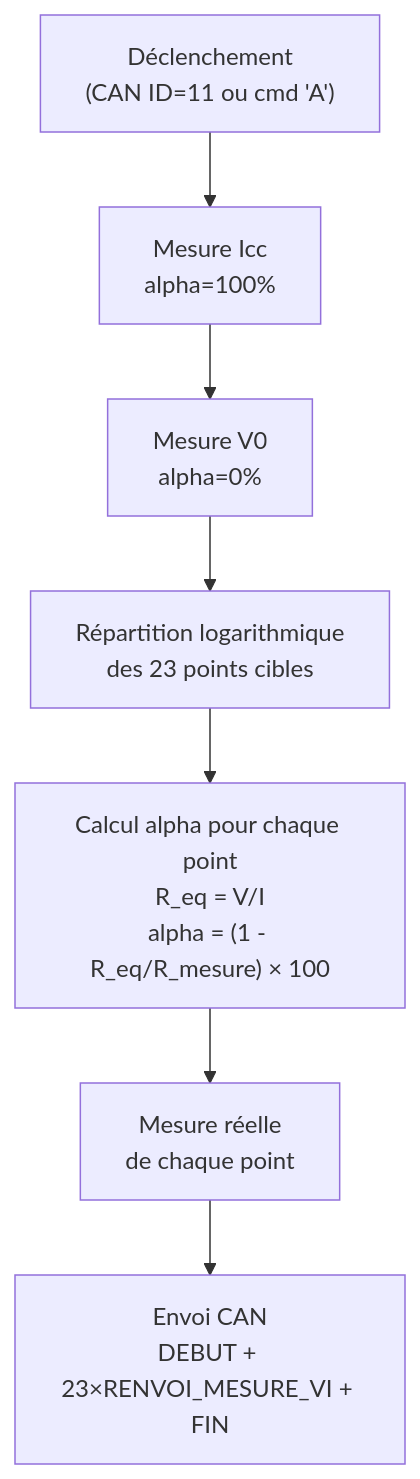
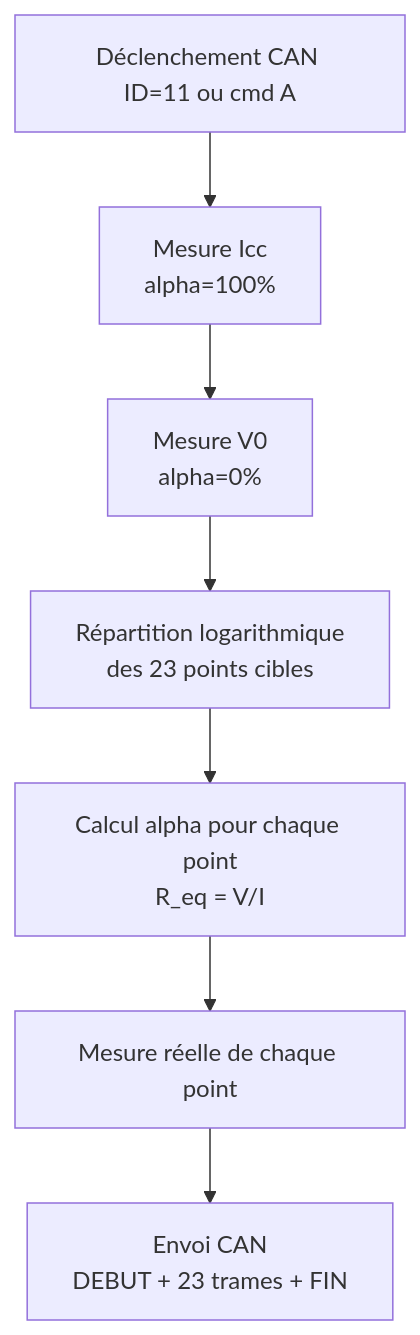
Before and after one commit to baptisteB00/Projet_LAOS: the second of 2 diagrams in docs/cartes/mesure_VI.md, drawn with Mermaid. The commit also changed other lines of this file and 180 other files, not shown here.

First line of the commit message:
correction Mermaid et tableaux : compatibilité GitHub

````diff
--- a/docs/cartes/mesure_VI.md
+++ b/docs/cartes/mesure_VI.md
@@ -96,9 +96,9 @@
 ```mermaid
 flowchart TD
-    START["Déclenchement\n(CAN ID=11 ou cmd 'A')"] --> ICC["Mesure Icc\nalpha=100%"]
-    ICC --> V0["Mesure V0\nalpha=0%"]
-    V0 --> REPARTITION["Répartition logarithmique\ndes 23 points cibles"]
-    REPARTITION --> ALPHA["Calcul alpha pour chaque point\nR_eq = V/I\nalpha = (1 - R_eq/R_mesure) × 100"]
-    ALPHA --> MESURE["Mesure réelle\nde chaque point"]
-    MESURE --> ENVOI["Envoi CAN\nDEBUT + 23×RENVOI_MESURE_VI + FIN"]
+    START["Déclenchement CAN ID=11 ou cmd A"] --> ICC["Mesure Icc<br/>alpha=100%"]
+    ICC --> V0["Mesure V0<br/>alpha=0%"]
+    V0 --> REP["Répartition logarithmique<br/>des 23 points cibles"]
+    REP --> ALPHA["Calcul alpha pour chaque point<br/>R_eq = V/I"]
+    ALPHA --> MESURE["Mesure réelle de chaque point"]
+    MESURE --> ENVOI["Envoi CAN<br/>DEBUT + 23 trames + FIN"]
 ```
````
